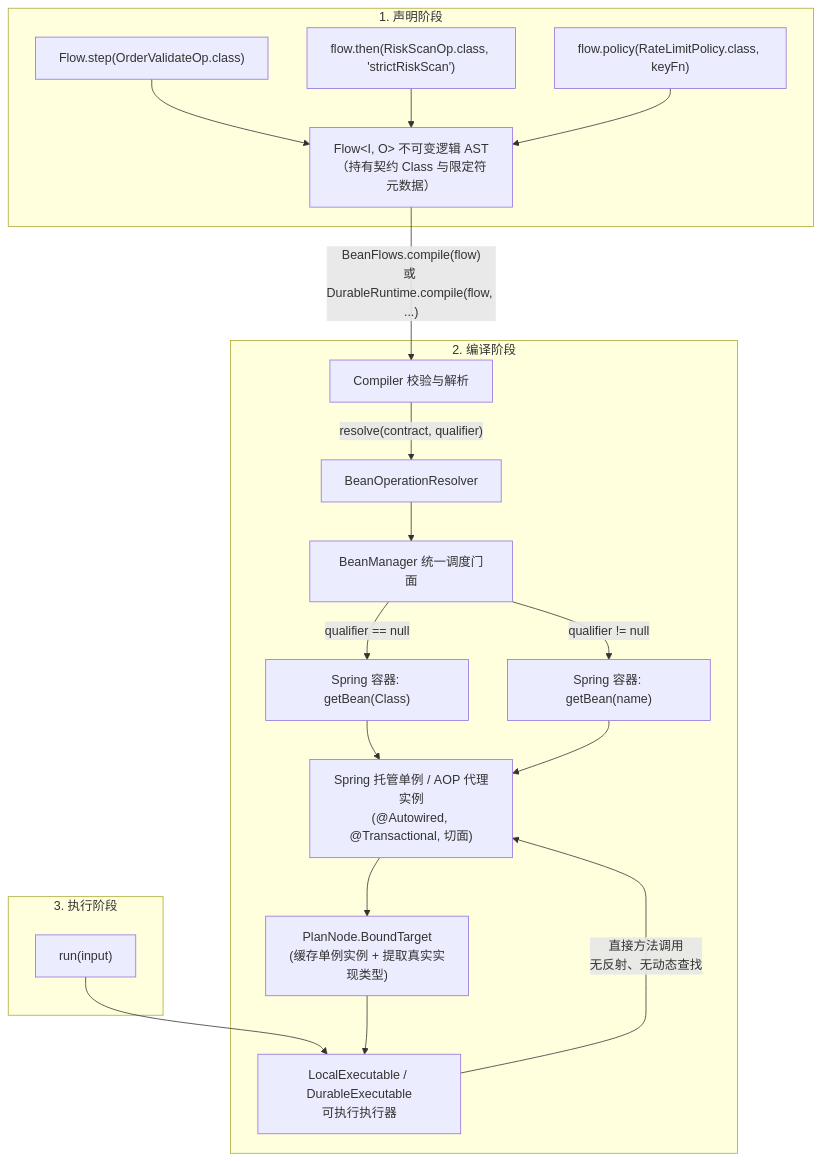
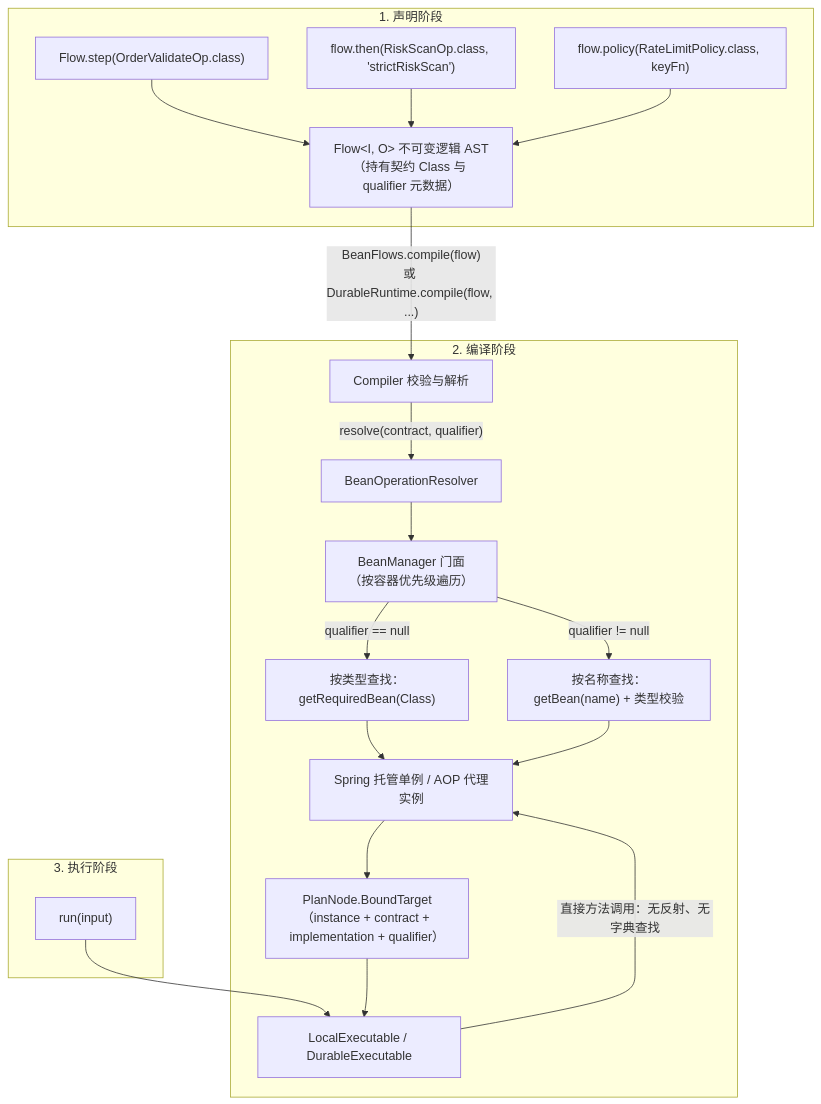
The diagram in docs/flow/flow-bean.md (team4u/team4u-framework), drawn with Mermaid before and after one commit. The commit also changed other lines of this file and 9 other files, not shown here.

First line of the commit message:
docs(flow): 按复杂度分层(L1/L2/L3)重写全部文档并修正与代码不符的描述

````diff
--- a/docs/flow/flow-bean.md
+++ b/docs/flow/flow-bean.md
@@ -19,32 +212,29 @@
 ```mermaid
 graph TD
     subgraph "1. 声明阶段"
         D1["Flow.step(OrderValidateOp.class)"]
         D2["flow.then(RiskScanOp.class, 'strictRiskScan')"]
         D3["flow.policy(RateLimitPolicy.class, keyFn)"]
-        AST["Flow&lt;I, O&gt; 不可变逻辑 AST<br/>（持有契约 Class 与限定符元数据）"]
+        AST["Flow&lt;I, O&gt; 不可变逻辑 AST<br/>（持有契约 Class 与 qualifier 元数据）"]
         D1 --> AST
         D2 --> AST
         D3 --> AST
     end
 
     subgraph "2. 编译阶段"
         AST -->|"BeanFlows.compile(flow)<br/>或 DurableRuntime.compile(flow, ...)"| Compiler["Compiler 校验与解析"]
         Compiler -->|"resolve(contract, qualifier)"| Resolver["BeanOperationResolver"]
-        Resolver --> BM["BeanManager 统一调度门面"]
-        
-        BM -->|"qualifier == null"| SpringReq["Spring 容器: getBean(Class)"]
-        BM -->|"qualifier != null"| SpringName["Spring 容器: getBean(name)"]
-        
-        SpringReq --> ProxyBean["Spring 托管单例 / AOP 代理实例<br/>(@Autowired, @Transactional, 切面)"]
-        SpringName --> ProxyBean
-        
-        ProxyBean --> Bound["PlanNode.BoundTarget<br/>(缓存单例实例 + 提取真实实现类型)"]
-        Bound --> Exec["LocalExecutable / DurableExecutable<br/>可执行执行器"]
+        Resolver --> BM["BeanManager 门面<br/>（按容器优先级遍历）"]
+        BM -->|"qualifier == null"| ByType["按类型查找：getRequiredBean(Class)"]
+        BM -->|"qualifier != null"| ByName["按名称查找：getBean(name) + 类型校验"]
+        ByType --> ProxyBean["Spring 托管单例 / AOP 代理实例"]
+        ByName --> ProxyBean
+        ProxyBean --> Bound["PlanNode.BoundTarget<br/>（instance + contract + implementation + qualifier）"]
+        Bound --> Exec["LocalExecutable / DurableExecutable"]
     end
 
     subgraph "3. 执行阶段"
         Input["run(input)"] --> Exec
-        Exec -->|"直接方法调用<br/>无反射、无动态查找"| ProxyBean
+        Exec -->|"直接方法调用：无反射、无字典查找"| ProxyBean
     end
 ```
````
